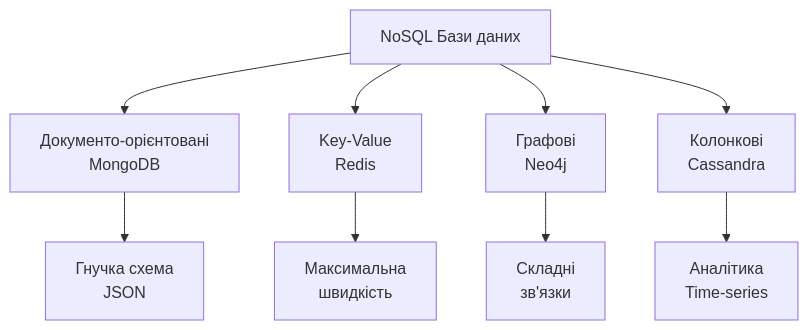
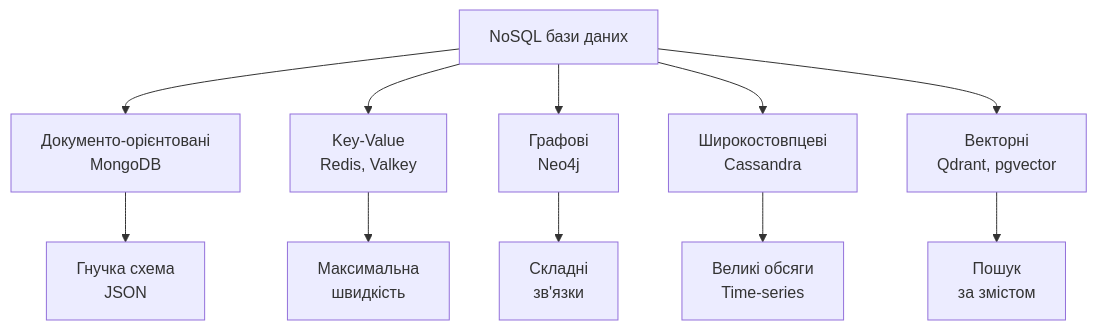
One commit to olroi421/course-opi-v2 changed the fourth of 9 diagrams in presentations/presentation-10.md. Above: the diagram before and after it, drawn with Mermaid. The commit also changed other lines of this file and 10 other files, not shown here.

````diff
--- a/presentations/presentation-10.md
+++ b/presentations/presentation-10.md
@@ -360,12 +458,14 @@
 ```mermaid
 graph TB
-    A[NoSQL Бази даних] --> B[Документо-орієнтовані<br/>MongoDB]
-    A --> C[Key-Value<br/>Redis]
-    A --> D[Графові<br/>Neo4j]
-    A --> E[Колонкові<br/>Cassandra]
+    A["NoSQL бази даних"] --> B["Документо-орієнтовані<br/>MongoDB"]
+    A --> C["Key-Value<br/>Redis, Valkey"]
+    A --> D["Графові<br/>Neo4j"]
+    A --> E["Широкостовпцеві<br/>Cassandra"]
+    A --> V["Векторні<br/>Qdrant, pgvector"]
 
-    B --> F[Гнучка схема<br/>JSON]
-    C --> G[Максимальна<br/>швидкість]
-    D --> H[Складні<br/>зв'язки]
-    E --> I[Аналітика<br/>Time-series]
+    B --> F["Гнучка схема<br/>JSON"]
+    C --> G["Максимальна<br/>швидкість"]
+    D --> H["Складні<br/>зв'язки"]
+    E --> I["Великі обсяги<br/>Time-series"]
+    V --> W["Пошук<br/>за змістом"]
 ```
````
